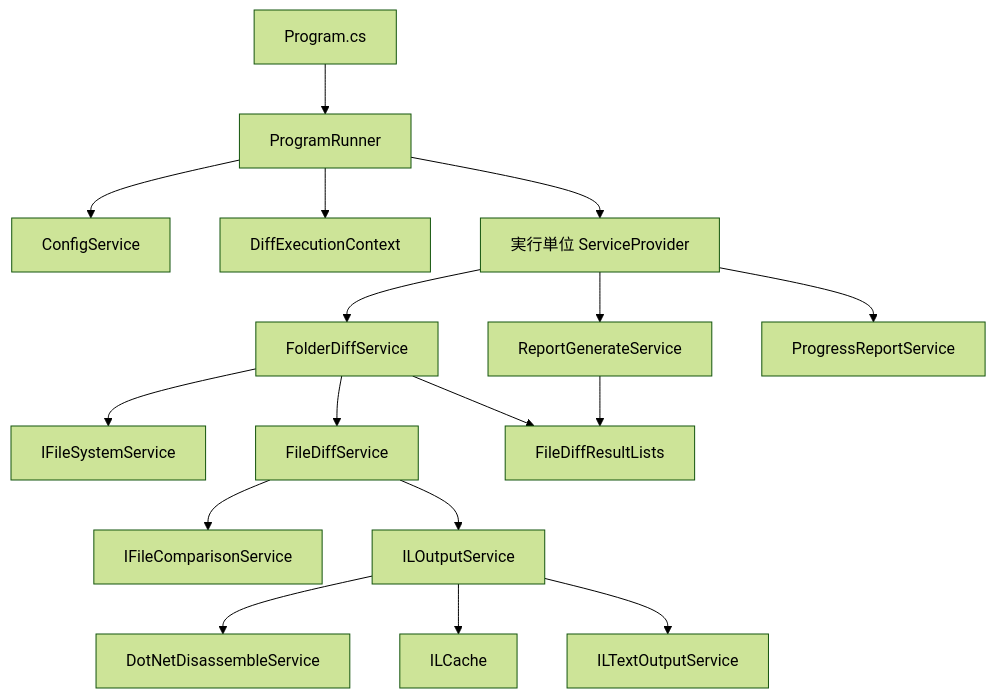
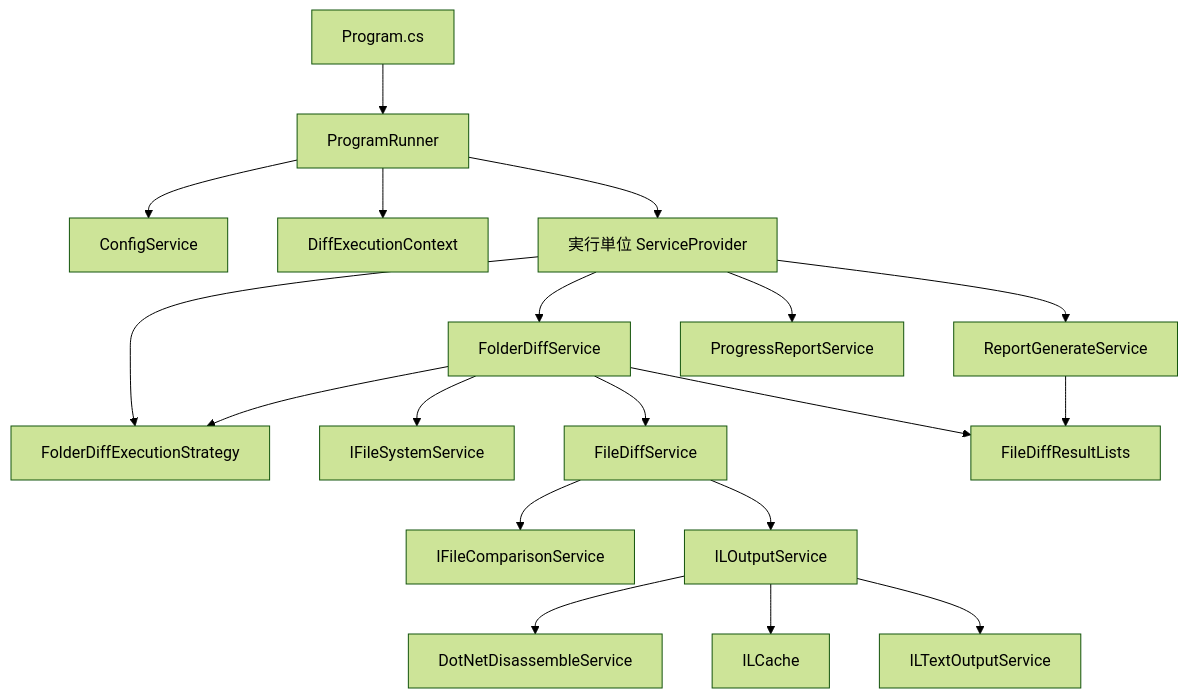
The sixth of 10 diagrams in doc/DEVELOPER_GUIDE.md (Widthdom/FolderDiffIL4DotNet), drawn with Mermaid (forest theme) before and after one commit. The commit also changed other lines of this file and 8 other files, not shown here.

Commit message:
FolderDiffServiceの探索・並列度決定ポリシーを分離する

````diff
--- a/doc/DEVELOPER_GUIDE.md
+++ b/doc/DEVELOPER_GUIDE.md
@@ -528,19 +533,21 @@
 ```mermaid
 flowchart TD
     A["Program.cs"] --> B["ProgramRunner"]
     B --> C["ConfigService"]
     B --> D["DiffExecutionContext"]
     B --> E["実行単位 ServiceProvider"]
     E --> F["FolderDiffService"]
+    E --> Q["FolderDiffExecutionStrategy"]
     E --> G["ReportGenerateService"]
     E --> H["ProgressReportService"]
     F --> I["IFileSystemService"]
+    F --> Q
     F --> J["FileDiffService"]
     J --> K["IFileComparisonService"]
     J --> L["ILOutputService"]
     L --> M["DotNetDisassembleService"]
     L --> N["ILCache"]
     L --> O["ILTextOutputService"]
     F --> P["FileDiffResultLists"]
     G --> P
 ```
````
